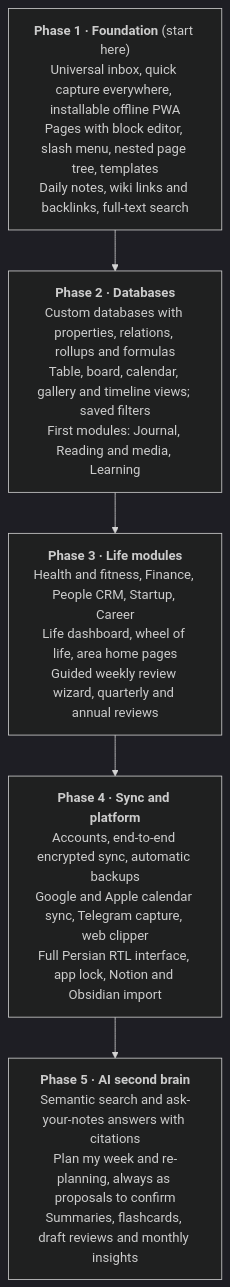
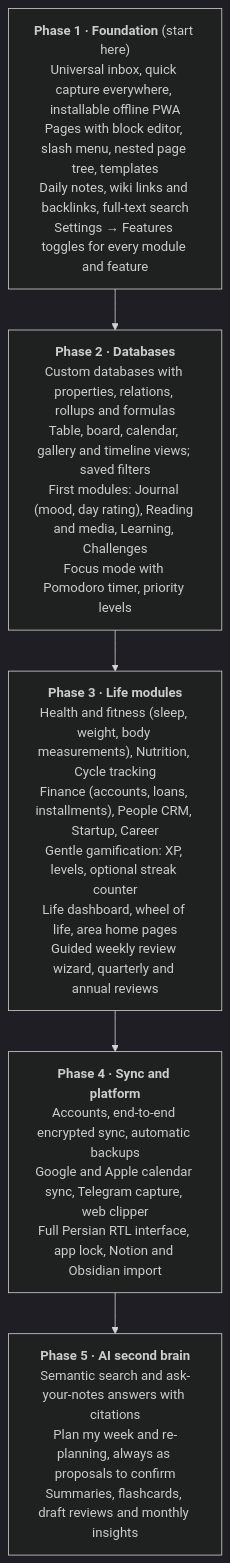
The second of 2 diagrams in docs/ROADMAP.md (Mapl6/personal-os), drawn with Mermaid (dark theme) before and after one commit. The commit also changed other lines of this file, not shown here.

Commit message:
feat:update roadmap

````diff
--- a/docs/ROADMAP.md
+++ b/docs/ROADMAP.md
@@ -218,9 +235,9 @@
 ```mermaid
 flowchart TB
-  p1["<b>Phase 1 · Foundation</b> (start here)<br/>Universal inbox, quick capture everywhere, installable offline PWA<br/>Pages with block editor, slash menu, nested page tree, templates<br/>Daily notes, wiki links and backlinks, full-text search"]
-  p2["<b>Phase 2 · Databases</b><br/>Custom databases with properties, relations, rollups and formulas<br/>Table, board, calendar, gallery and timeline views; saved filters<br/>First modules: Journal, Reading and media, Learning"]
-  p3["<b>Phase 3 · Life modules</b><br/>Health and fitness, Finance, People CRM, Startup, Career<br/>Life dashboard, wheel of life, area home pages<br/>Guided weekly review wizard, quarterly and annual reviews"]
+  p1["<b>Phase 1 · Foundation</b> (start here)<br/>Universal inbox, quick capture everywhere, installable offline PWA<br/>Pages with block editor, slash menu, nested page tree, templates<br/>Daily notes, wiki links and backlinks, full-text search<br/>Settings → Features toggles for every module and feature"]
+  p2["<b>Phase 2 · Databases</b><br/>Custom databases with properties, relations, rollups and formulas<br/>Table, board, calendar, gallery and timeline views; saved filters<br/>First modules: Journal (mood, day rating), Reading and media, Learning, Challenges<br/>Focus mode with Pomodoro timer, priority levels"]
+  p3["<b>Phase 3 · Life modules</b><br/>Health and fitness (sleep, weight, body measurements), Nutrition, Cycle tracking<br/>Finance (accounts, loans, installments), People CRM, Startup, Career<br/>Gentle gamification: XP, levels, optional streak counter<br/>Life dashboard, wheel of life, area home pages<br/>Guided weekly review wizard, quarterly and annual reviews"]
   p4["<b>Phase 4 · Sync and platform</b><br/>Accounts, end-to-end encrypted sync, automatic backups<br/>Google and Apple calendar sync, Telegram capture, web clipper<br/>Full Persian RTL interface, app lock, Notion and Obsidian import"]
   p5["<b>Phase 5 · AI second brain</b><br/>Semantic search and ask-your-notes answers with citations<br/>Plan my week and re-planning, always as proposals to confirm<br/>Summaries, flashcards, draft reviews and monthly insights"]
   p1 --> p2 --> p3 --> p4 --> p5
 ```
````
